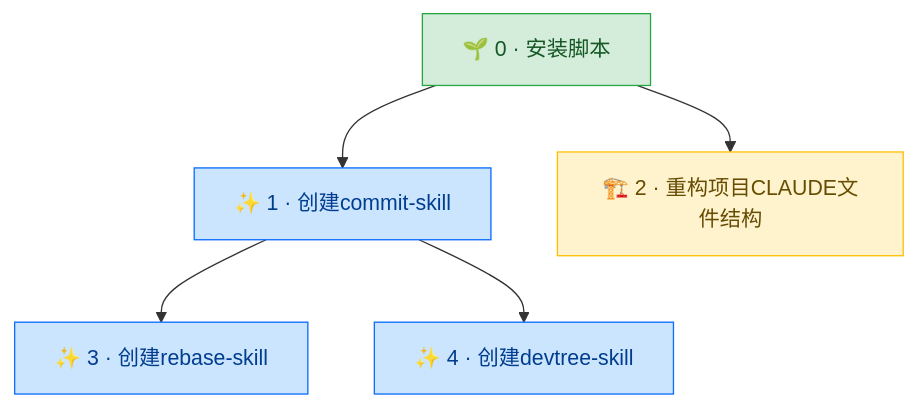
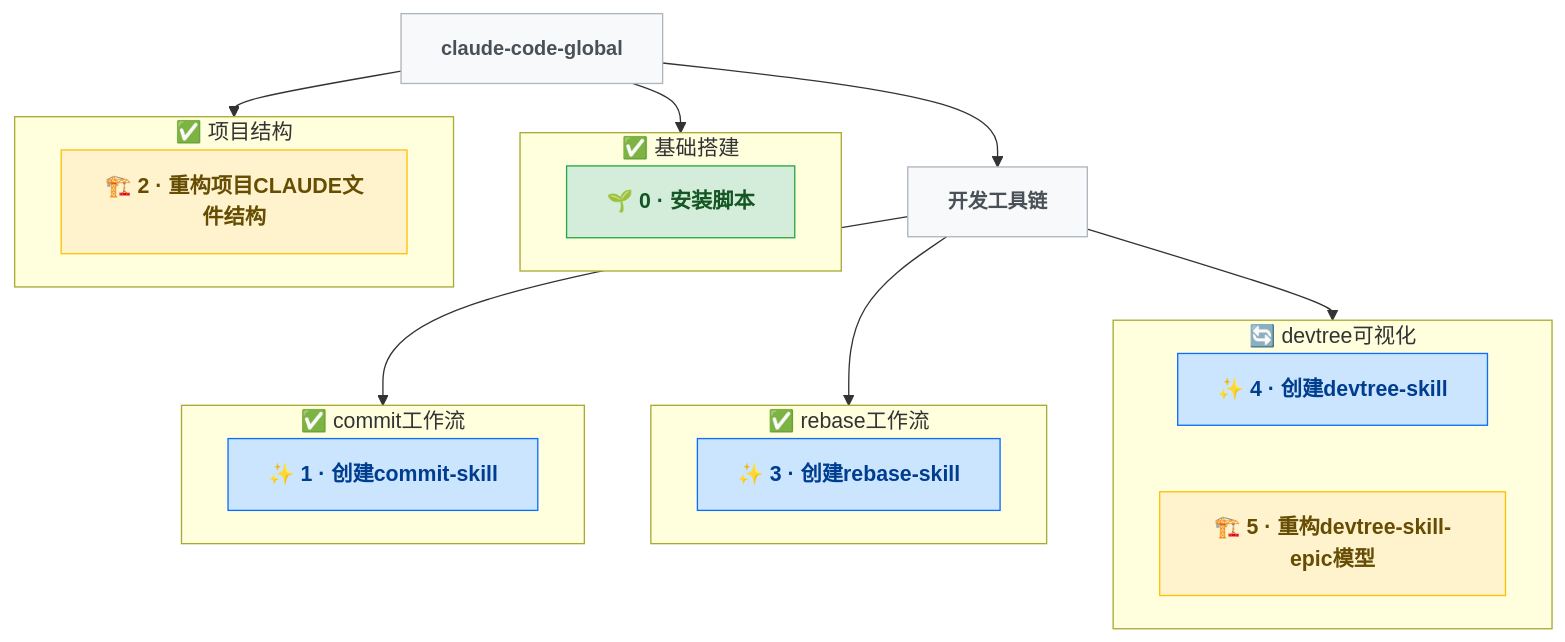
One commit to pkulijing/claude-code-global changed the diagram in docs/DEVTREE.md. Above: the diagram before and after it, drawn with Mermaid. The commit also changed other lines of this file and 2 other files, not shown here.

Commit message:
refactor(devtree): 引入 Epic 层重构可视化方案，叶 Epic 改为 subgraph 卡片
- 完全重写 SKILL.md：Epic 结构由作者维护，AI 只重建可视化和节点索引
- 叶 Epic 用 subgraph + direction TB + ~~~ 不可见链接实现纵向卡片布局
- 非叶 Epic 保留为普通节点，用 --> 构成有根树主干
- 加入 rankSpacing 和 font-weight:bold 提升间距与可读性
- 将本项目 DEVTREE.md 迁移到新 Epic 格式，新增第 5 轮节点

````diff
--- a/docs/DEVTREE.md
+++ b/docs/DEVTREE.md
@@ -18,20 +51,47 @@
 ```mermaid
+%%{init: {'flowchart': {'rankSpacing': 25}}}%%
 graph TD
-  classDef genesis  fill:#d4edda,stroke:#28a745,color:#155724
-  classDef feature  fill:#cce5ff,stroke:#0d6efd,color:#003d8f
-  classDef bugfix   fill:#f8d7da,stroke:#dc3545,color:#721c24
-  classDef refactor fill:#fff3cd,stroke:#ffc107,color:#664d03
-  classDef infra    fill:#e2d9f3,stroke:#6f42c1,color:#3d1a78
-  classDef research fill:#e2e3e5,stroke:#6c757d,color:#383d41
+  classDef genesis  fill:#d4edda,stroke:#28a745,color:#155724,font-weight:bold
+  classDef feature  fill:#cce5ff,stroke:#0d6efd,color:#003d8f,font-weight:bold
+  classDef bugfix   fill:#f8d7da,stroke:#dc3545,color:#721c24,font-weight:bold
+  classDef refactor fill:#fff3cd,stroke:#ffc107,color:#664d03,font-weight:bold
+  classDef infra    fill:#e2d9f3,stroke:#6f42c1,color:#3d1a78,font-weight:bold
+  classDef research fill:#e2e3e5,stroke:#6c757d,color:#383d41,font-weight:bold
+  classDef epic     fill:#f8f9fa,stroke:#adb5bd,color:#495057,font-weight:bold,font-size:15px
 
-  N0["🌱 0 · 安装脚本"]:::genesis
-  N1["✨ 1 · 创建commit-skill"]:::feature
-  N2["🏗️ 2 · 重构项目CLAUDE文件结构"]:::refactor
-  N3["✨ 3 · 创建rebase-skill"]:::feature
-  N4["✨ 4 · 创建devtree-skill"]:::feature
+  ROOT["claude-code-global"]:::epic
+  ROOT --> e_base
+  ROOT --> e_struct
+  ROOT --> toolchain["开发工具链"]:::epic
 
-  N0 --> N1
-  N0 --> N2
-  N1 --> N3
-  N1 --> N4
+  subgraph e_base["✅ 基础搭建"]
+    direction TB
+    N0["🌱 0 · 安装脚本"]:::genesis
+  end
+
+  subgraph e_struct["✅ 项目结构"]
+    direction TB
+    N2["🏗️ 2 · 重构项目CLAUDE文件结构"]:::refactor
+  end
+
+  toolchain --> e_commit
+  toolchain --> e_rebase
+  toolchain --> e_devtree
+
+  subgraph e_commit["✅ commit工作流"]
+    direction TB
+    N1["✨ 1 · 创建commit-skill"]:::feature
+  end
+
+  subgraph e_rebase["✅ rebase工作流"]
+    direction TB
+    N3["✨ 3 · 创建rebase-skill"]:::feature
+  end
+
+  subgraph e_devtree["🔄 devtree可视化"]
+    direction TB
+    N4["✨ 4 · 创建devtree-skill"]:::feature
+    N5["🏗️ 5 · 重构devtree-skill-epic模型"]:::refactor
+    N4 ~~~ N5
+  end
 ```
````
